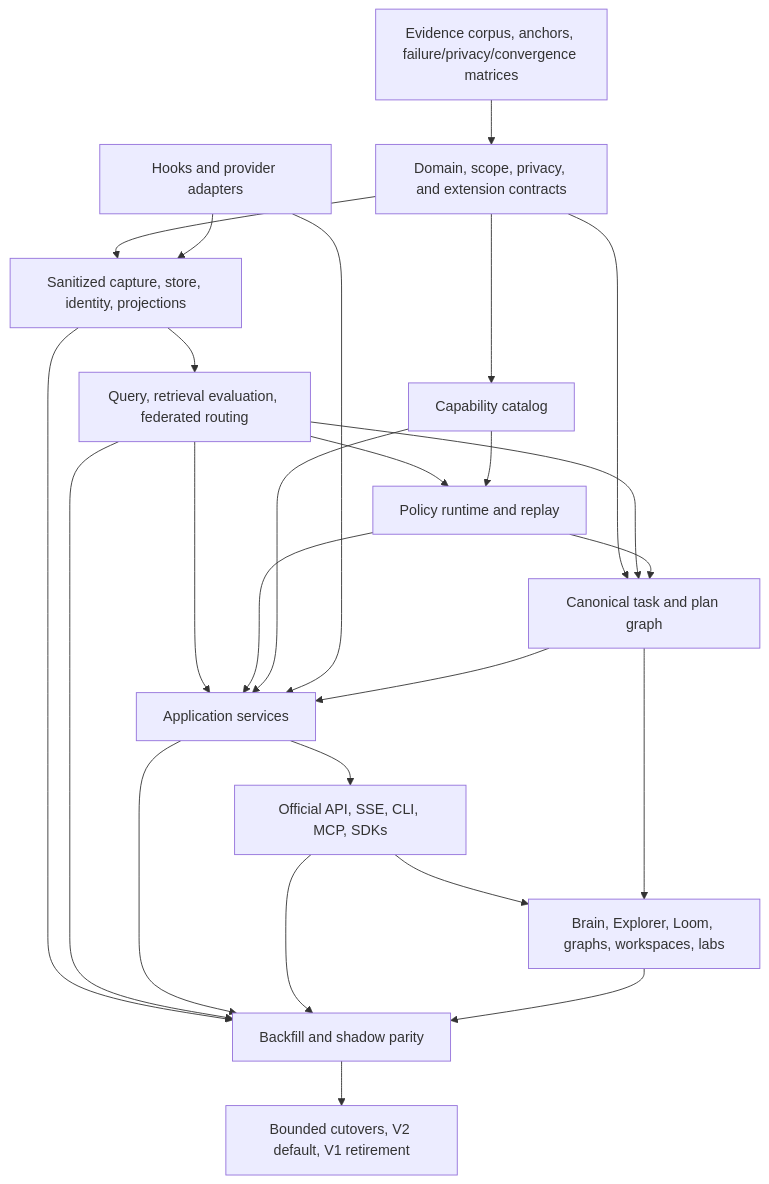
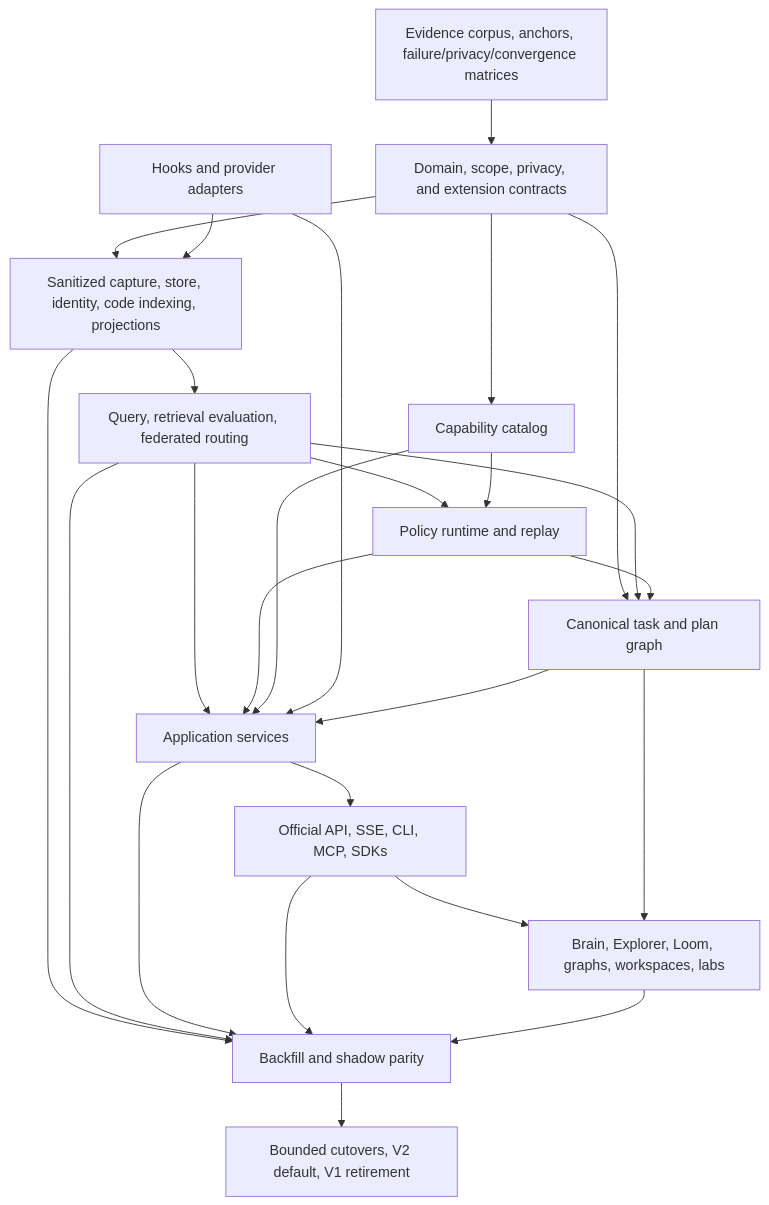
Before and after one commit to ScriptedAlchemy/tracedecay: the diagram in docs/superpowers/plans/tracedecay-v2/00-plan-set-index.md, drawn with Mermaid. The commit also changed other lines of this file and 27 other files, not shown here.

````diff
--- a/docs/superpowers/plans/tracedecay-v2/00-plan-set-index.md
+++ b/docs/superpowers/plans/tracedecay-v2/00-plan-set-index.md
@@ -167,27 +171,27 @@
 ```mermaid
 flowchart TD
     E["Evidence corpus, anchors, failure/privacy/convergence matrices"] --> D["Domain, scope, privacy, and extension contracts"]
-    D --> S["Sanitized capture, store, identity, projections"]
+    D --> S["Sanitized capture, store, identity, code indexing, projections"]
     S --> Q["Query, retrieval evaluation, federated routing"]
     D --> C["Capability catalog"]
     Q --> P["Policy runtime and replay"]
     C --> P
     Q --> A["Application services"]
     P --> A
     C --> A
     H["Hooks and provider adapters"] --> S
     H --> A
     A --> API["Official API, SSE, CLI, MCP, SDKs"]
     API --> UI["Brain, Explorer, Loom, graphs, workspaces, labs"]
     S --> M["Backfill and shadow parity"]
     Q --> M
     A --> M
     API --> M
     UI --> M
     D --> T["Canonical task and plan graph"]
     Q --> T
     P --> T
     T --> A
     T --> UI
     M --> X["Bounded cutovers, V2 default, V1 retirement"]
 ```
````
